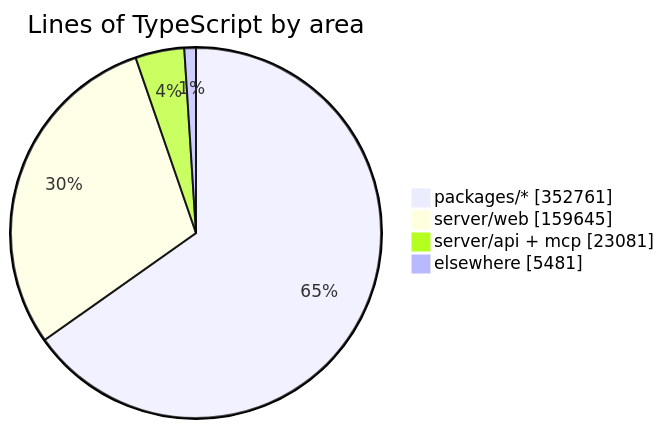
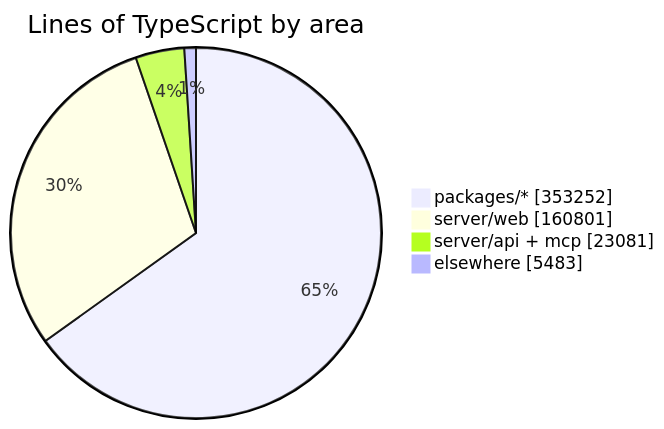
The diagram in README.md (crossworks-engineering/mantle), drawn with Mermaid before and after one commit. The commit also changed other lines of this file and 2 other files, not shown here.

````diff
--- a/README.md
+++ b/README.md
@@ -294,7 +294,7 @@
 ```mermaid
 pie showData title Lines of TypeScript by area
-    "packages/*" : 352761
-    "server/web" : 159645
+    "packages/*" : 353252
+    "server/web" : 160801
     "server/api + mcp" : 23081
-    "elsewhere" : 5481
+    "elsewhere" : 5483
 ```
````
